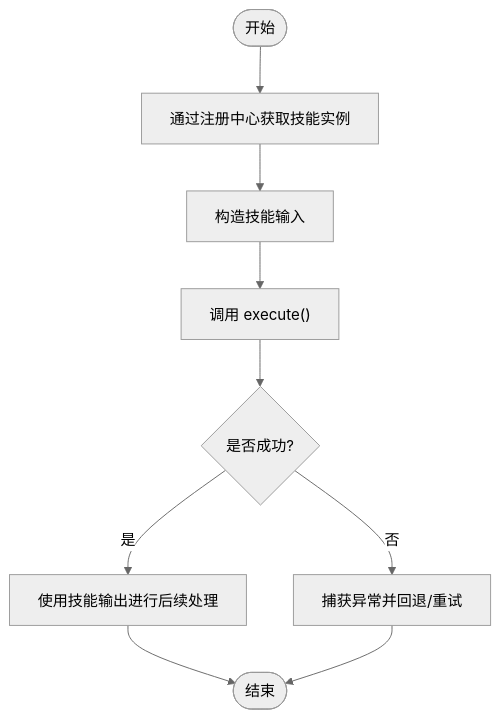
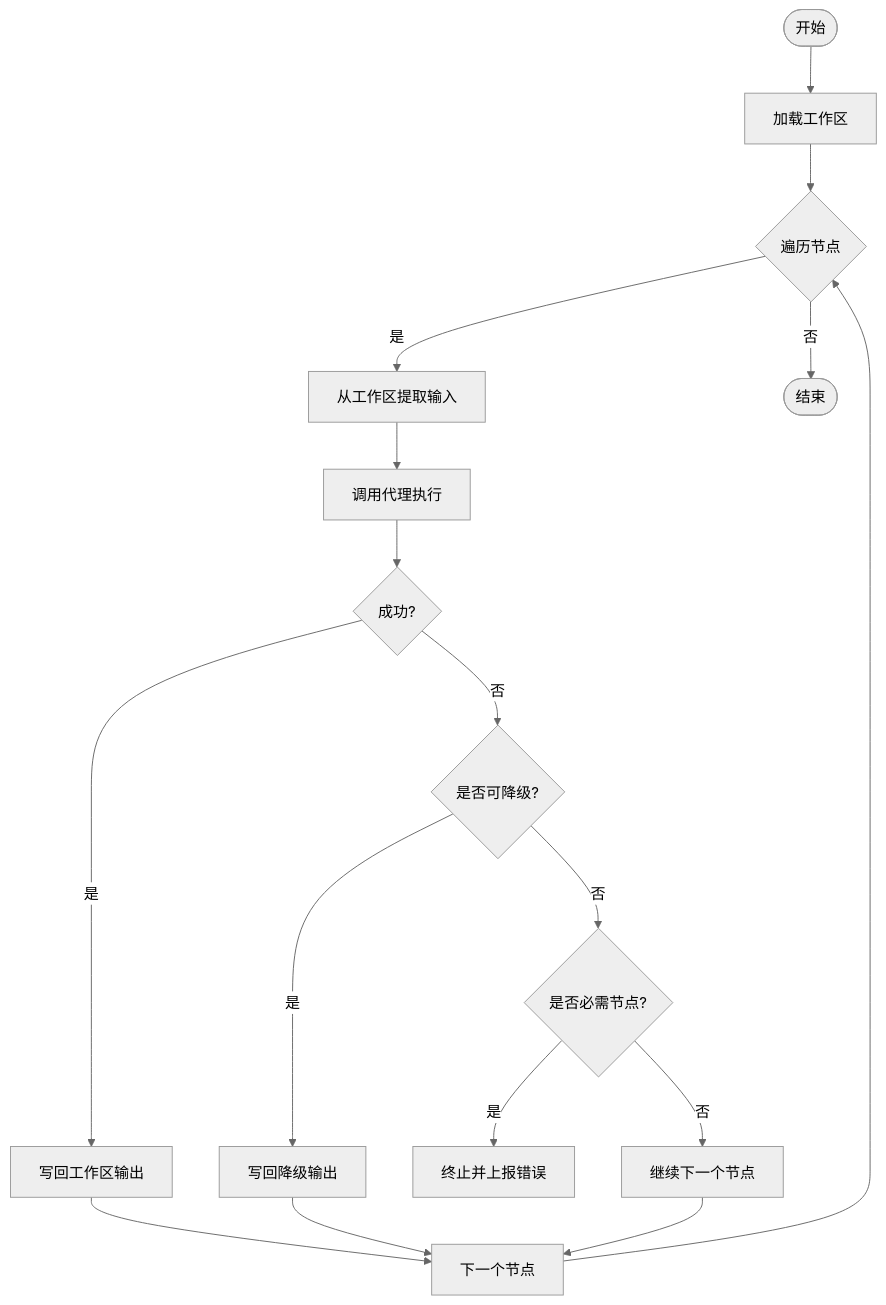
Before and after one commit to sansansansansan2022-web/hotclaw: the sixth of 7 diagrams in .qoder/repowiki/zh/content/技能系统/技能系统.md, drawn with Mermaid (neutral theme). The commit also changed other lines of this file and 288 other files, not shown here.

````diff
--- a/.qoder/repowiki/zh/content/技能系统/技能系统.md
+++ b/.qoder/repowiki/zh/content/技能系统/技能系统.md
@@ -220,11 +242,19 @@
 ```mermaid
 flowchart TD
-Start(["开始"]) --> GetSkill["通过注册中心获取技能实例"]
-GetSkill --> BuildInput["构造技能输入"]
-BuildInput --> CallExecute["调用 execute()"]
-CallExecute --> HandleOutput{"是否成功?"}
-HandleOutput --> |是| UseOutput["使用技能输出进行后续处理"]
-HandleOutput --> |否| HandleError["捕获异常并回退/重试"]
-UseOutput --> End(["结束"])
-HandleError --> End
+Start(["开始"]) --> LoadWS["加载工作区"]
+LoadWS --> ForNode{"遍历节点"}
+ForNode --> |是| Extract["从工作区提取输入"]
+Extract --> CallAgent["调用代理执行"]
+CallAgent --> Result{"成功?"}
+Result --> |是| WriteBack["写回工作区输出"]
+Result --> |否| Fallback{"是否可降级?"}
+Fallback --> |是| WriteDegraded["写回降级输出"]
+Fallback --> |否| Required{"是否必需节点?"}
+Required --> |是| Stop["终止并上报错误"]
+Required --> |否| Continue["继续下一个节点"]
+WriteBack --> Next["下一个节点"]
+WriteDegraded --> Next
+Continue --> Next
+Next --> ForNode
+ForNode --> |否| End(["结束"])
 ```
````
